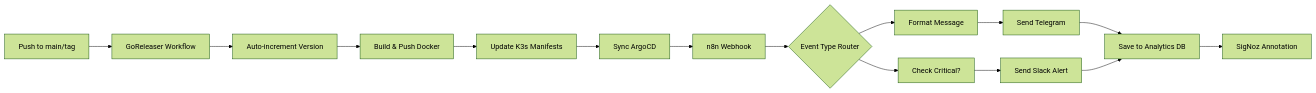
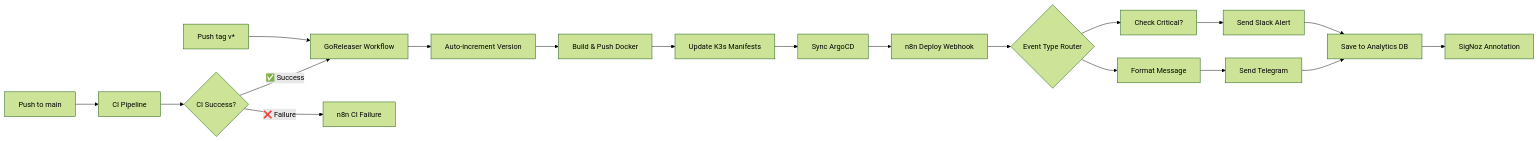
Before and after one commit to RodolfoBonis/spooliq: the diagram in n8n/SETUP.md, drawn with Mermaid (forest theme). The commit also changed other lines of this file and 2 other files, not shown here.

Commit message:
fix: ensure release workflow runs only after CI success
- Change release trigger to workflow_run from CI pipeline
- Add condition to only run when CI completes successfully
- Keep direct tag push support for manual releases
- Auto-increment version only after CI passes
- Update documentation with correct workflow dependency

This ensures no deploy happens if tests fail or security issues are found.

🤖 Generated with [Claude Code](https://claude.ai/code)

````diff
--- a/n8n/SETUP.md
+++ b/n8n/SETUP.md
@@ -127,18 +127,24 @@
 ```mermaid
 graph LR
-    A[Push to main/tag] --> B[GoReleaser Workflow]
-    B --> C[Auto-increment Version]
-    C --> D[Build & Push Docker]
-    D --> E[Update K3s Manifests]
-    E --> F[Sync ArgoCD]
-    F --> G[n8n Webhook]
-    G --> H{Event Type Router}
-    H --> I[Format Message]
-    I --> J[Send Telegram]
-    J --> K[Save to Analytics DB]
-    K --> L[SigNoz Annotation]
+    A[Push to main] --> B[CI Pipeline]
+    B --> C{CI Success?}
+    C -->|✅ Success| D[GoReleaser Workflow]
+    C -->|❌ Failure| E[n8n CI Failure]
     
-    H --> M[Check Critical?]
-    M --> N[Send Slack Alert]
-    N --> K
+    F[Push tag v*] --> D
+    
+    D --> G[Auto-increment Version]
+    G --> H[Build & Push Docker]
+    H --> I[Update K3s Manifests]
+    I --> J[Sync ArgoCD]
+    J --> K[n8n Deploy Webhook]
+    K --> L{Event Type Router}
+    L --> M[Format Message]
+    M --> N[Send Telegram]
+    N --> O[Save to Analytics DB]
+    O --> P[SigNoz Annotation]
+    
+    L --> Q[Check Critical?]
+    Q --> R[Send Slack Alert]
+    R --> O
 ```
````
